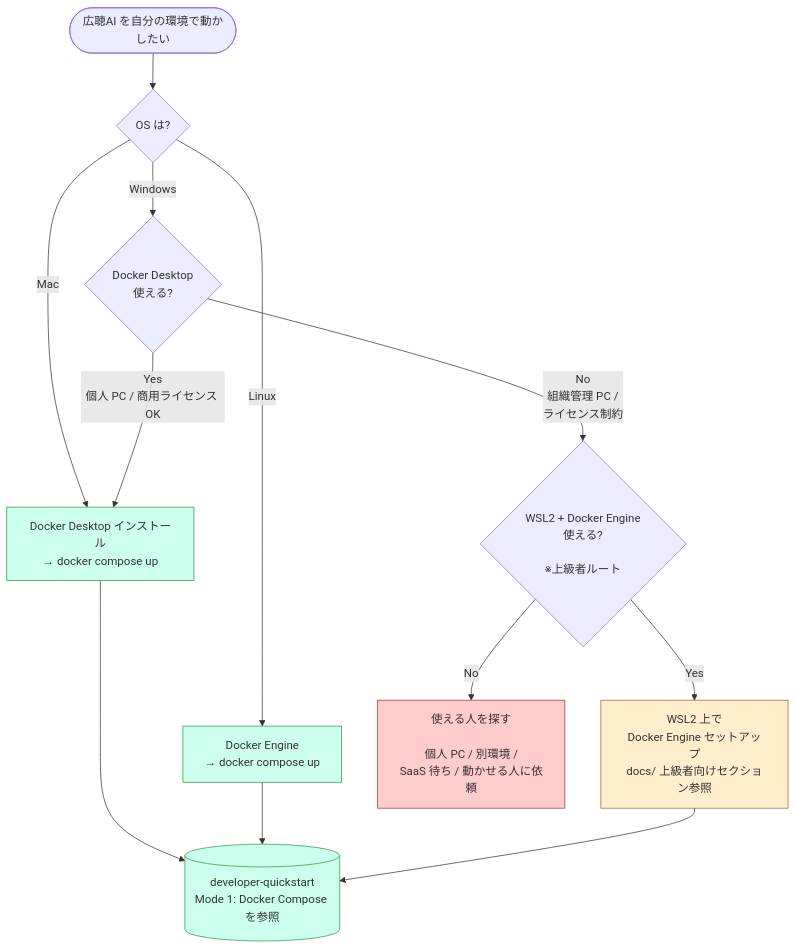
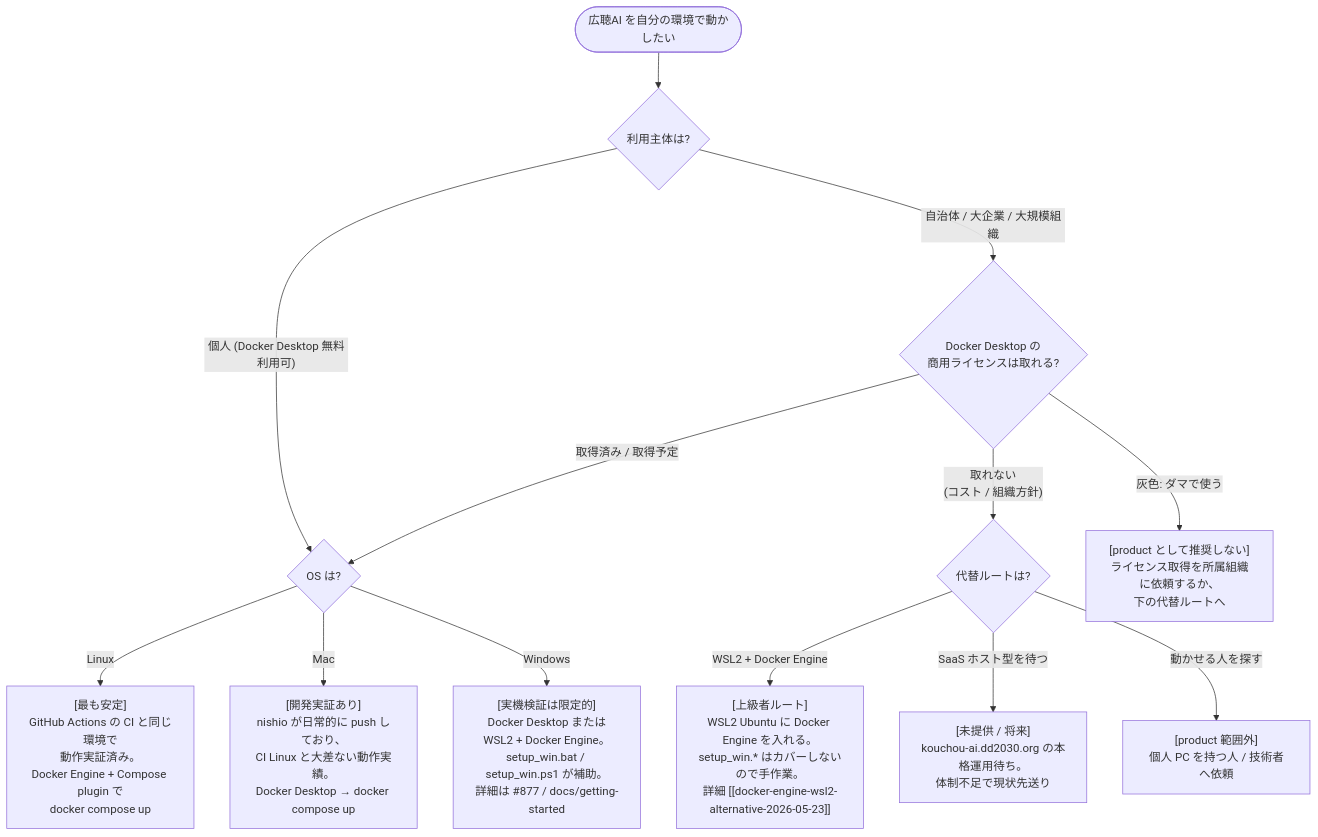
One commit to nishio/kouchou-ai-developer-wiki changed the second of 2 diagrams in wiki/analyses/decision-flowchart-prototype-2026-05-30.md. Above: the diagram before and after it, drawn with Mermaid. The commit also changed other lines of this file and 5 other files, not shown here.

First line of the commit message:
wiki: decision-flowchart 試作を team feedback で v2 へ修正

````diff
--- a/wiki/analyses/decision-flowchart-prototype-2026-05-30.md
+++ b/wiki/analyses/decision-flowchart-prototype-2026-05-30.md
@@ -57,21 +58,17 @@
 ```mermaid
 graph TD
-    Start([広聴AI を自分の環境で動かしたい]) --> A{OS は?}
-    A -- Mac --> B[Docker Desktop インストール<br/>→ docker compose up]
-    A -- Linux --> C[Docker Engine<br/>→ docker compose up]
-    A -- Windows --> D{Docker Desktop<br/>使える?}
-    D -- Yes<br/>個人 PC / 商用ライセンス OK --> B
-    D -- No<br/>組織管理 PC /<br/>ライセンス制約 --> E{WSL2 + Docker Engine<br/>使える?<br/><br/>※上級者ルート}
-    E -- Yes --> F[WSL2 上で<br/>Docker Engine セットアップ<br/>docs/ 上級者向けセクション参照]
-    E -- No --> G[使える人を探す<br/><br/>個人 PC / 別環境 /<br/>SaaS 待ち / 動かせる人に依頼]
-    B --> H[(developer-quickstart<br/>Mode 1: Docker Compose を参照)]
-    C --> H
-    F --> H
+    Start([広聴AI を自分の環境で動かしたい]) --> L{利用主体は?}
+    L -- 個人 (Docker Desktop 無料利用可) --> O1{OS は?}
+    L -- 自治体 / 大企業 / 大規模組織 --> M{Docker Desktop の<br/>商用ライセンスは取れる?}
+    M -- 取得済み / 取得予定 --> O1
+    M -- 取れない<br/>(コスト / 組織方針) --> N{代替ルートは?}
+    M -- 灰色: ダマで使う --> NR["[product として推奨しない]<br/>ライセンス取得を所属組織に依頼するか、<br/>下の代替ルートへ"]
 
-    classDef ok fill:#cfe,stroke:#393
-    classDef advanced fill:#fec,stroke:#963
-    classDef out fill:#fcc,stroke:#933
-    class B,C,H ok
-    class F advanced
-    class G out
+    O1 -- Linux --> P1["[最も安定]<br/>GitHub Actions の CI と同じ環境で<br/>動作実証済み。<br/>Docker Engine + Compose plugin で<br/>docker compose up"]
+    O1 -- Mac --> P2["[開発実証あり]<br/>nishio が日常的に push しており、<br/>CI Linux と大差ない動作実績。<br/>Docker Desktop → docker compose up"]
+    O1 -- Windows --> P3["[実機検証は限定的]<br/>Docker Desktop または<br/>WSL2 + Docker Engine。<br/>setup_win.bat / setup_win.ps1 が補助。<br/>詳細は #877 / docs/getting-started"]
+
+    N -- WSL2 + Docker Engine --> P4["[上級者ルート]<br/>WSL2 Ubuntu に Docker Engine を入れる。<br/>setup_win.* はカバーしないので手作業。<br/>詳細 [[docker-engine-wsl2-alternative-2026-05-23]]"]
+    N -- SaaS ホスト型を待つ --> P5["[未提供 / 将来]<br/>kouchou-ai.dd2030.org の本格運用待ち。<br/>体制不足で現状先送り"]
+    N -- 動かせる人を探す --> P6["[product 範囲外]<br/>個人 PC を持つ人 / 技術者へ依頼"]
 ```
````
